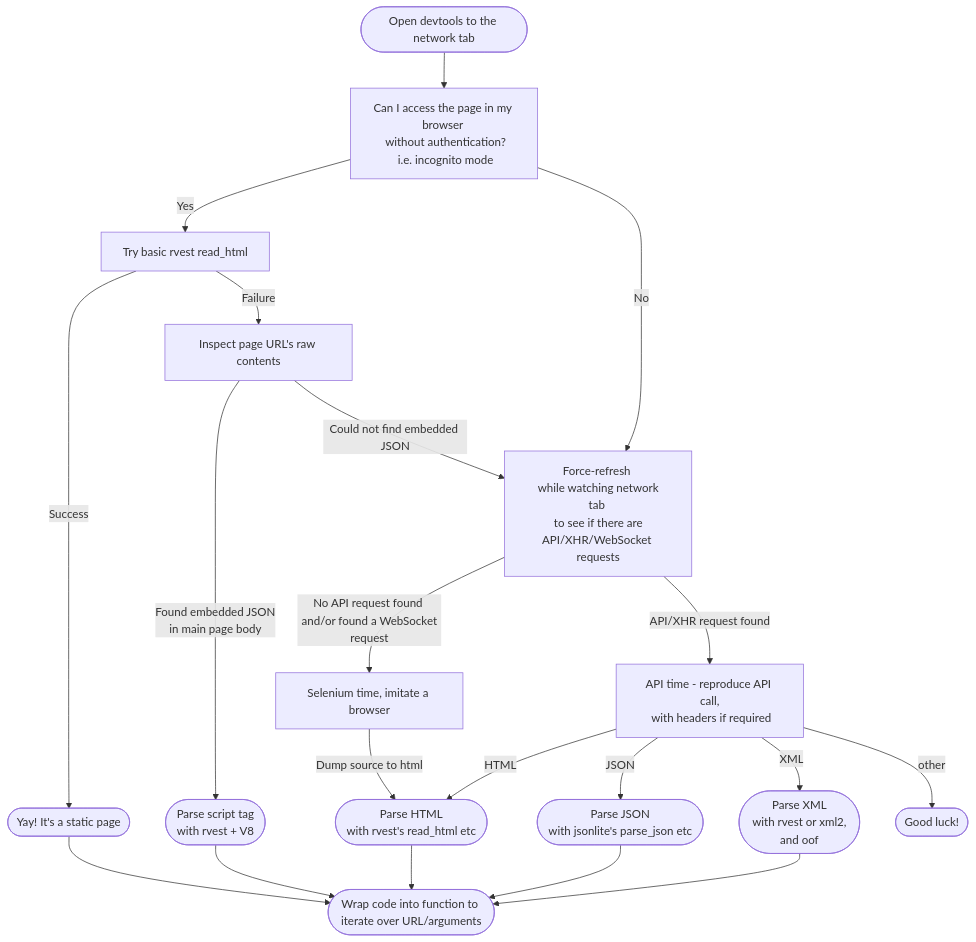
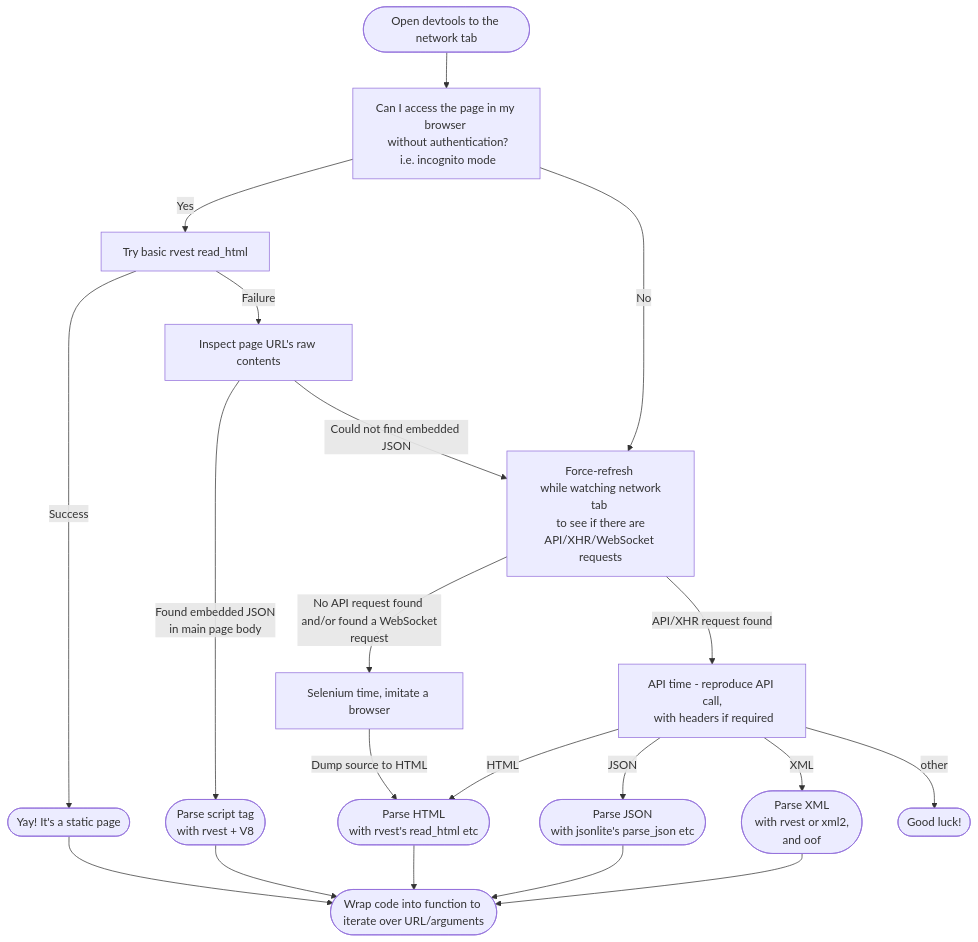
The diagram in 20210719-scraping/scraping.md (tanho63/tantorials), drawn with Mermaid before and after one commit.

````diff
--- a/20210719-scraping/scraping.md
+++ b/20210719-scraping/scraping.md
@@ -5,42 +5,42 @@
 ```mermaid
 flowchart TD
 
 1([Open devtools to the network tab])
 
 1-->A
 
 A[Can I access the page in my browser \n without authentication?\n i.e. incognito mode]
 
 A-->|Yes| B[Try basic rvest read_html]
 
 B-->|Success| C([Yay! It's a static page])
 
 B-->|Failure| D[Inspect page URL's raw contents]
 
 D-->|Found embedded JSON \nin main page body| E([Parse script tag \n with rvest + V8])
 
 D-->|Could not find embedded JSON| F[Force-refresh \n while watching network tab \n to see if there are API/XHR/WebSocket requests]
 
 F-->|API/XHR request found| G[API time - reproduce API call,\n with headers if required]
 
 F-->|No API request found \n and/or found a WebSocket request| H[Selenium time, imitate a browser]
 
-H-->|Dump source to html| K
+H-->|Dump source to HTML| K
 
 G-->|HTML| K([Parse HTML \n with rvest's read_html etc])
 
 G-->|JSON| J([Parse JSON \n with jsonlite's parse_json etc])
 
 G-->|XML| L([Parse XML \n with rvest or xml2,\n and oof])
 
 A-->|No| F
 
 N([Wrap code into function to iterate over URL/arguments])
 
 C --> N
 E --> N
 K--> N
 J --> N
 L --> N
 G-->|other| M([Good luck!])
 ```
````
